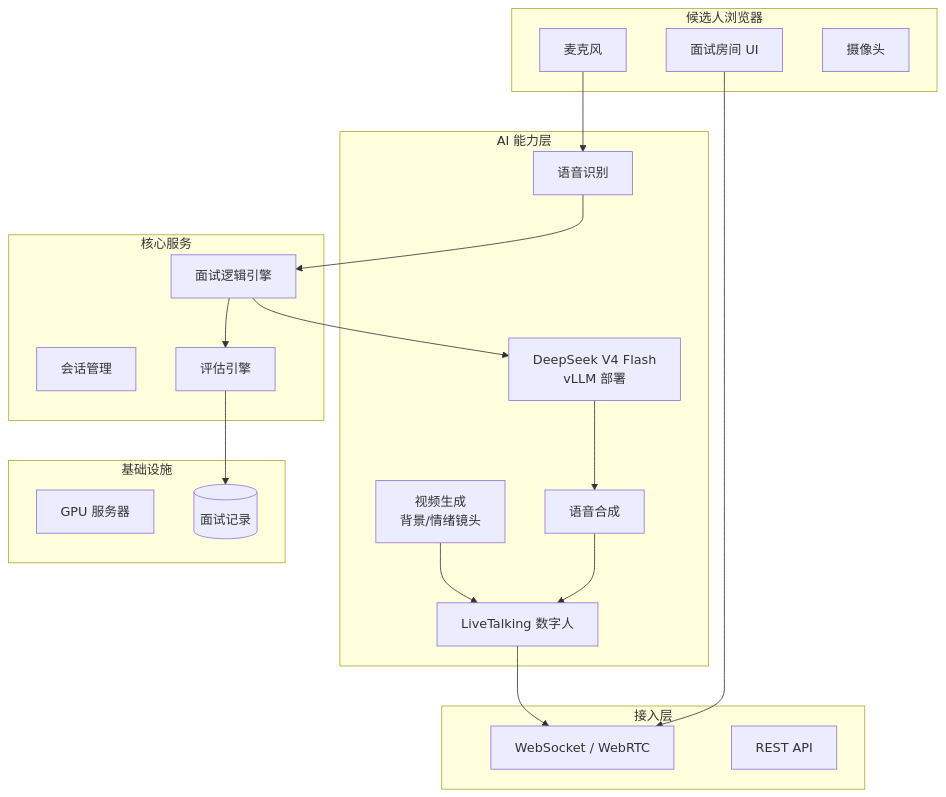
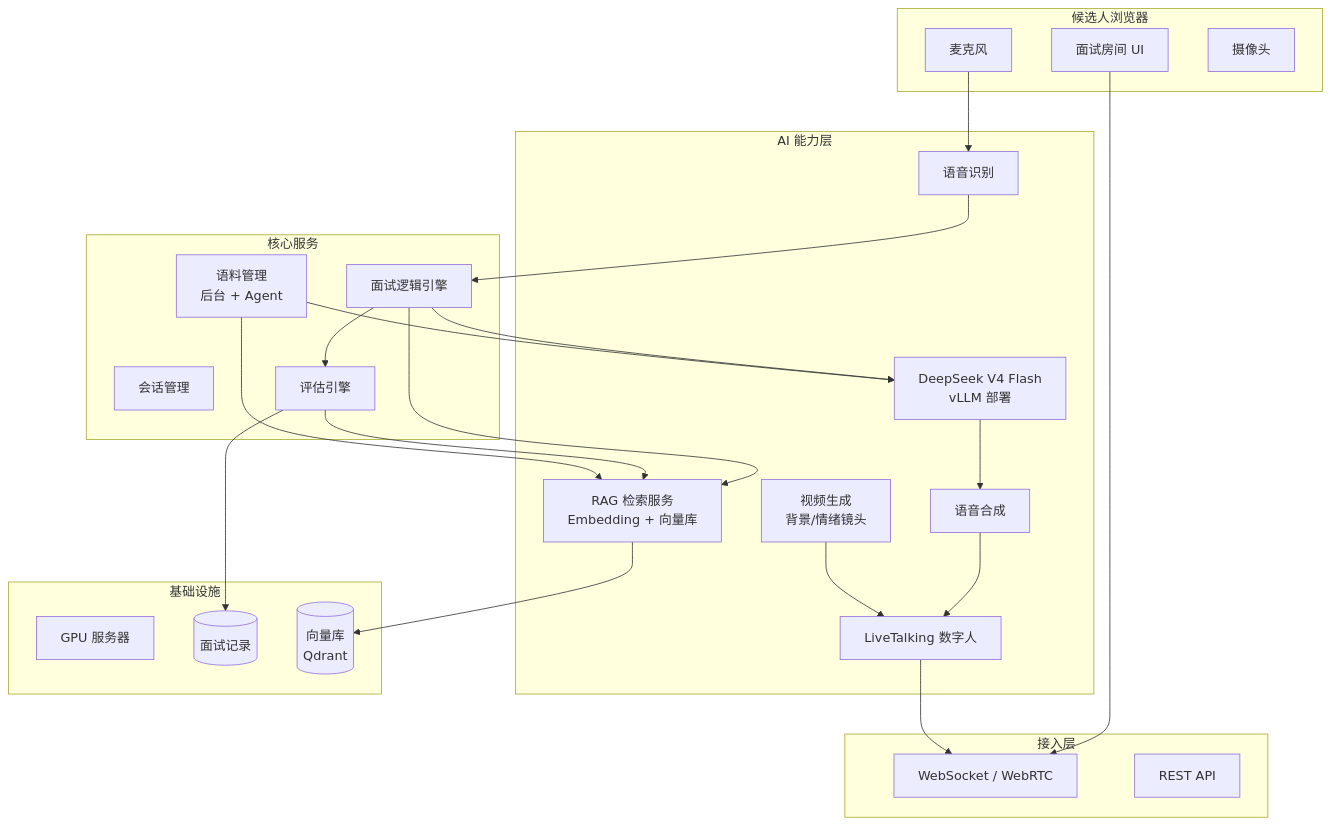
One commit to sublucky/virtual-interviewer changed the third of 5 diagrams in REQUIREMENTS.md. Above: the diagram before and after it, drawn with Mermaid. The commit also changed other lines of this file, not shown here.

First line of the commit message:
docs: 需求 v0.2 增加 RAG 检索与语料管理

````diff
--- a/REQUIREMENTS.md
+++ b/REQUIREMENTS.md
@@ -117,43 +147,51 @@
 ```mermaid
 flowchart TB
     subgraph Client [候选人浏览器]
         UI[面试房间 UI]
         Mic[麦克风]
         Cam[摄像头]
     end
 
     subgraph Gateway [接入层]
         WS[WebSocket / WebRTC]
         HTTP[REST API]
     end
 
     subgraph Core [核心服务]
         Session[会话管理]
         Interview[面试逻辑引擎]
         Eval[评估引擎]
+        Corpus[语料管理<br/>后台 + Agent]
     end
 
     subgraph AI [AI 能力层]
         ASR[语音识别]
         LLM[DeepSeek V4 Flash<br/>vLLM 部署]
         TTS[语音合成]
         Avatar[LiveTalking 数字人]
         VideoGen[视频生成<br/>背景/情绪镜头]
+        RAG[RAG 检索服务<br/>Embedding + 向量库]
     end
 
     subgraph Infra [基础设施]
         GPU[GPU 服务器]
         Store[(面试记录)]
+        Vec[(向量库<br/>Qdrant)]
     end
 
     UI --> WS
     Mic --> ASR
     ASR --> Interview
+    Interview --> RAG
+    RAG --> Vec
     Interview --> LLM
     LLM --> TTS
     TTS --> Avatar
     VideoGen --> Avatar
     Avatar --> WS
     Interview --> Eval
+    Eval --> RAG
     Eval --> Store
+    Corpus --> RAG
+    Corpus --> LLM
 ```
````
